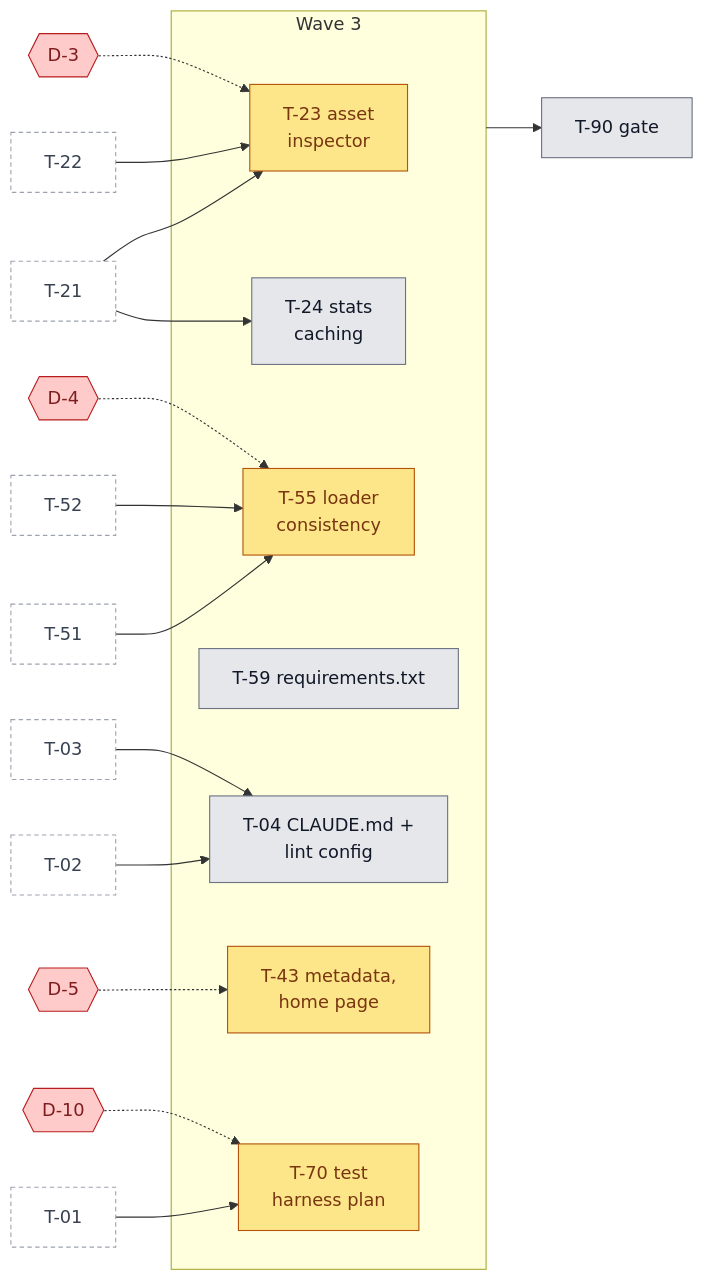
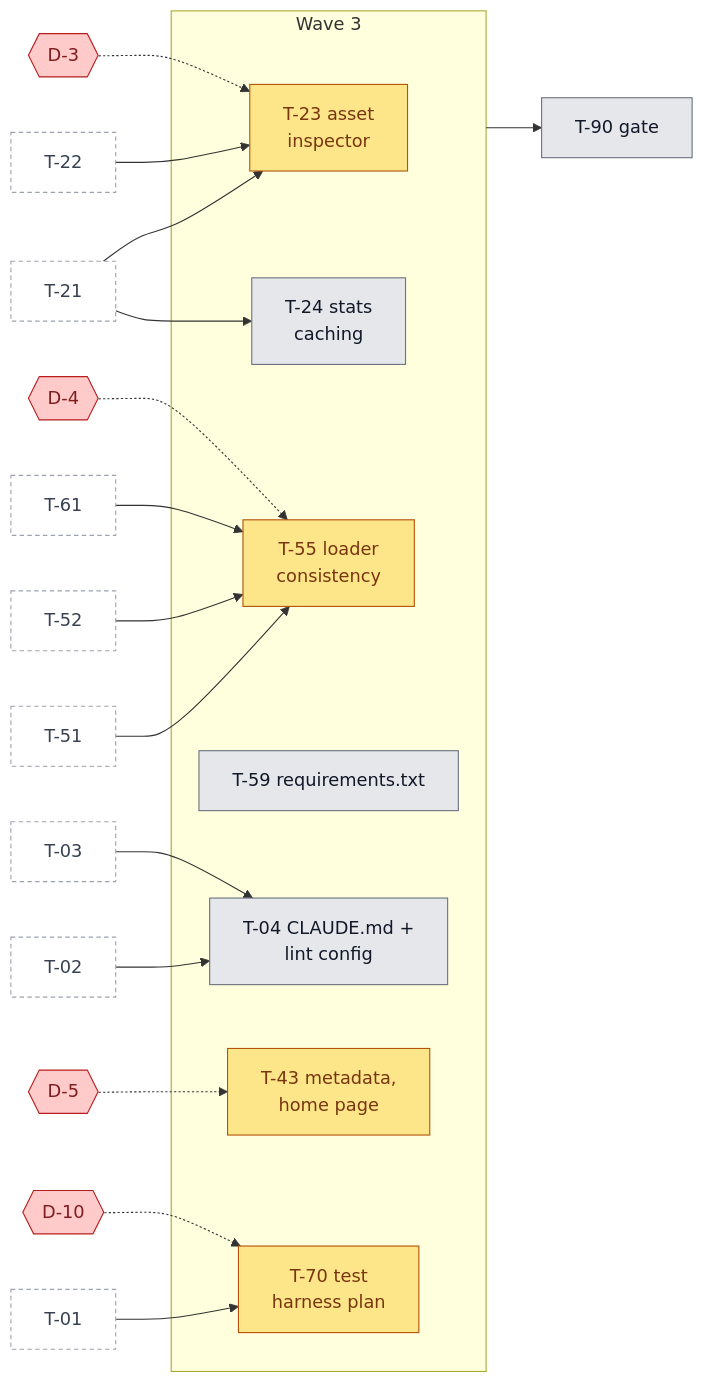
The fourth of 6 diagrams in docs/agents/development-status.md (adrianfarhat/orlando-infrastructure-etl), drawn with Mermaid before and after one commit. The commit also changed other lines of this file and 3 other files, not shown here.

````diff
--- a/docs/agents/development-status.md
+++ b/docs/agents/development-status.md
@@ -161,46 +161,48 @@
 ```mermaid
 flowchart LR
   T01p["T-01"]
   T02p["T-02"]
   T03p["T-03"]
   T21p["T-21"]
   T22p["T-22"]
   T51p["T-51"]
   T52p["T-52"]
+  T61p["T-61"]
   D3{{"D-3"}}
   D4{{"D-4"}}
   D5{{"D-5"}}
   D10{{"D-10"}}
   subgraph W3["Wave 3"]
     T23["T-23 asset<br/>inspector"]
     T24["T-24 stats<br/>caching"]
     T55["T-55 loader<br/>consistency"]
     T59["T-59 requirements.txt"]
     T04["T-04 CLAUDE.md +<br/>lint config"]
     T43["T-43 metadata,<br/>home page"]
     T70["T-70 test<br/>harness plan"]
   end
   G3["T-90 gate"]
   T21p --> T23
   T22p --> T23
   D3 -.-> T23
   T21p --> T24
   T51p --> T55
   T52p --> T55
+  T61p --> T55
   D4 -.-> T55
   T02p --> T04
   T03p --> T04
   D5 -.-> T43
   T01p --> T70
   D10 -.-> T70
   W3 --> G3
 
   classDef todo fill:#e5e7eb,stroke:#6b7280,color:#111827
   classDef waiting fill:#fde68a,stroke:#b45309,color:#78350f
   classDef decision fill:#fecaca,stroke:#b91c1c,color:#7f1d1d
   classDef prior fill:#ffffff,stroke:#9ca3af,stroke-dasharray:4 3,color:#374151
   class T24,T59,T04,G3 todo
   class T23,T55,T43,T70 waiting
   class D3,D4,D5,D10 decision
-  class T01p,T02p,T03p,T21p,T22p,T51p,T52p prior
+  class T01p,T02p,T03p,T21p,T22p,T51p,T52p,T61p prior
 ```
````
